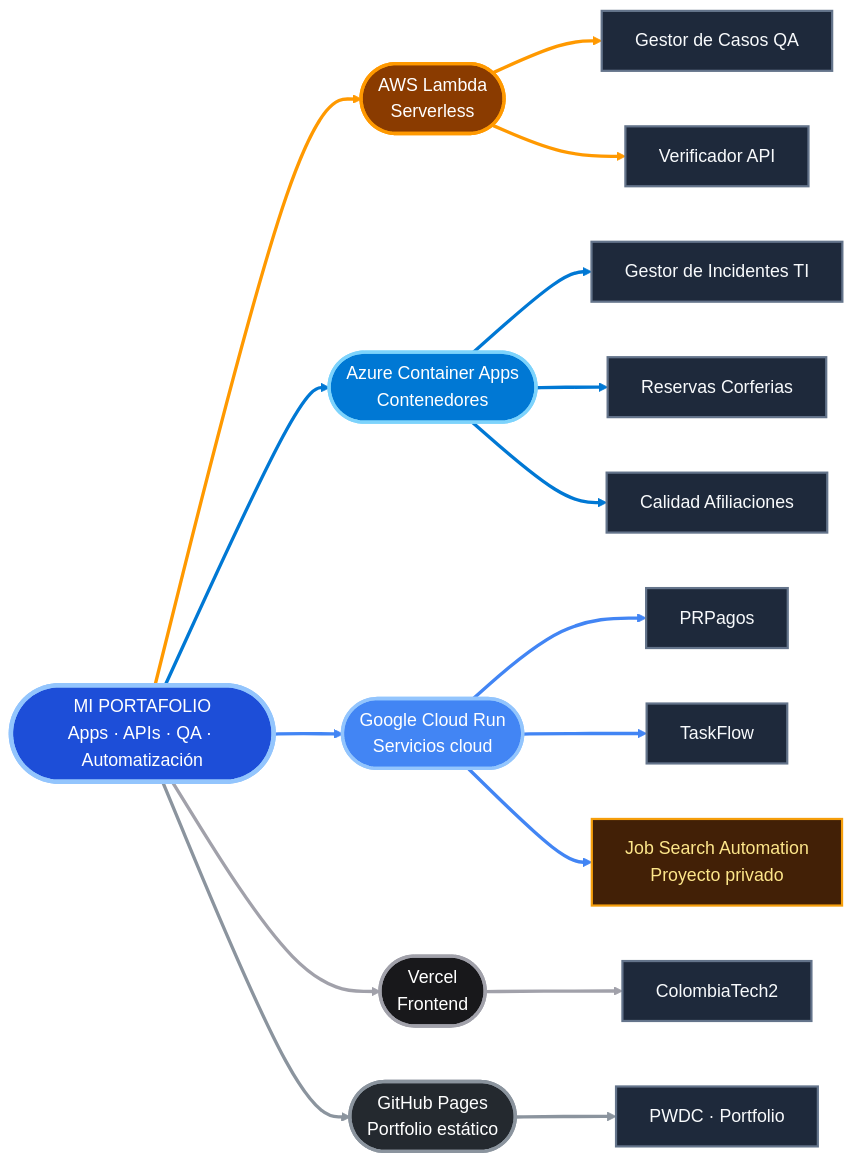
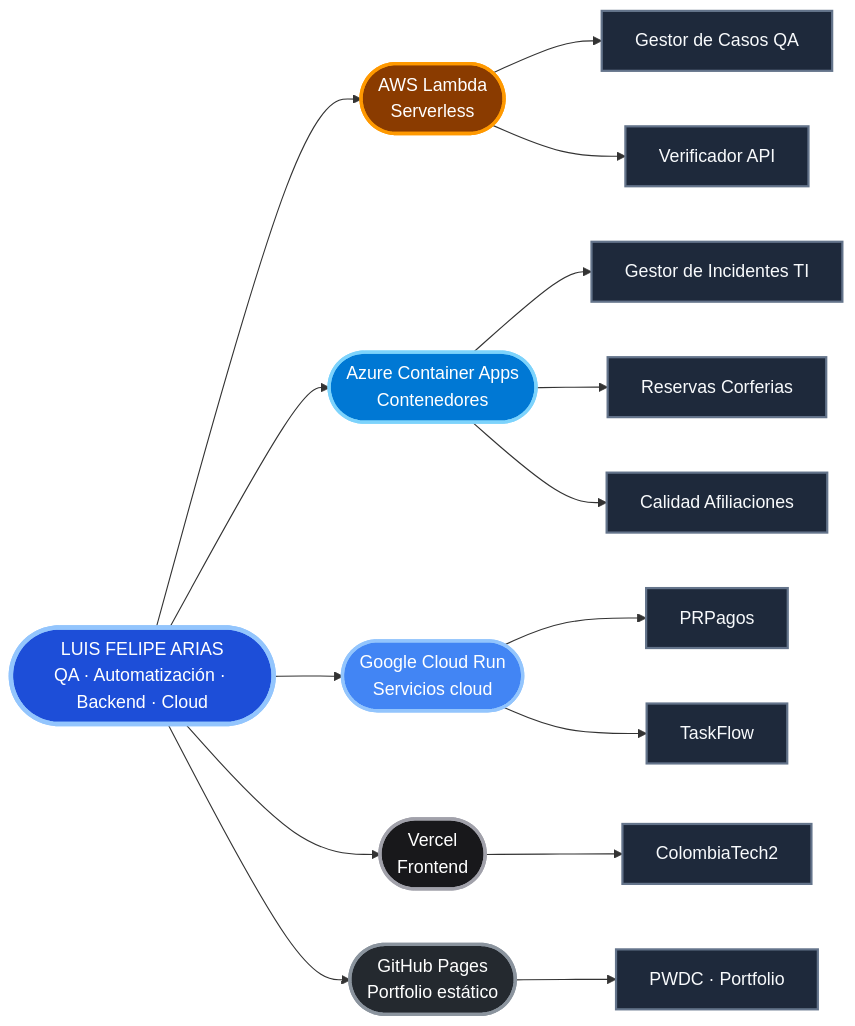
The diagram in README.md (lariasca1994/lariasca1994), drawn with Mermaid before and after one commit. The commit also changed other lines of this file, not shown here.

````diff
--- a/README.md
+++ b/README.md
@@ -74,68 +63,58 @@
 ```mermaid
 flowchart LR
-    PORTFOLIO(["MI PORTAFOLIO<br/>Apps · APIs · QA · Automatización"])
+    PORTFOLIO(["LUIS FELIPE ARIAS<br/>QA · Automatización · Backend · Cloud"])
 
     AWS(["AWS Lambda<br/>Serverless"])
     AZURE(["Azure Container Apps<br/>Contenedores"])
     GCP(["Google Cloud Run<br/>Servicios cloud"])
     VERCEL(["Vercel<br/>Frontend"])
     GITHUB(["GitHub Pages<br/>Portfolio estático"])
 
     QA["Gestor de Casos QA"]
     VERIFY["Verificador API"]
 
     INCIDENTES["Gestor de Incidentes TI"]
     RESERVAS["Reservas Corferias"]
     AFILIACIONES["Calidad Afiliaciones"]
 
     PAGOS["PRPagos"]
     TASKFLOW["TaskFlow"]
-    JOB["Job Search Automation<br/>Proyecto privado"]
 
     COLOMBIA["ColombiaTech2"]
     PWDC["PWDC · Portfolio"]
 
     PORTFOLIO --> AWS
     PORTFOLIO --> AZURE
     PORTFOLIO --> GCP
     PORTFOLIO --> VERCEL
     PORTFOLIO --> GITHUB
 
     AWS --> QA
     AWS --> VERIFY
 
     AZURE --> INCIDENTES
     AZURE --> RESERVAS
     AZURE --> AFILIACIONES
 
     GCP --> PAGOS
     GCP --> TASKFLOW
-    GCP --> JOB
 
     VERCEL --> COLOMBIA
     GITHUB --> PWDC
 
     classDef portfolio fill:#1D4ED8,stroke:#93C5FD,color:#FFFFFF,stroke-width:4px;
     classDef aws fill:#8A3B00,stroke:#FF9900,color:#FFFFFF,stroke-width:3px;
     classDef azure fill:#0078D4,stroke:#7DD3FC,color:#FFFFFF,stroke-width:3px;
     classDef gcp fill:#4285F4,stroke:#93C5FD,color:#FFFFFF,stroke-width:3px;
     classDef vercel fill:#18181B,stroke:#A1A1AA,color:#FFFFFF,stroke-width:3px;
     classDef github fill:#24292F,stroke:#8B949E,color:#FFFFFF,stroke-width:3px;
     classDef project fill:#1E293B,stroke:#64748B,color:#F8FAFC,stroke-width:2px;
-    classDef private fill:#422006,stroke:#F59E0B,color:#FDE68A,stroke-width:2px;
 
     class PORTFOLIO portfolio;
     class AWS aws;
     class AZURE azure;
     class GCP gcp;
     class VERCEL vercel;
     class GITHUB github;
     class QA,VERIFY,INCIDENTES,RESERVAS,AFILIACIONES,PAGOS,TASKFLOW,COLOMBIA,PWDC project;
-    class JOB private;
-
-    linkStyle 0,5,6 stroke:#FF9900,stroke-width:3px;
-    linkStyle 1,7,8,9 stroke:#0078D4,stroke-width:3px;
-    linkStyle 2,10,11,12 stroke:#4285F4,stroke-width:3px;
-    linkStyle 3,13 stroke:#A1A1AA,stroke-width:3px;
-    linkStyle 4,14 stroke:#8B949E,stroke-width:3px;
 ```
````
